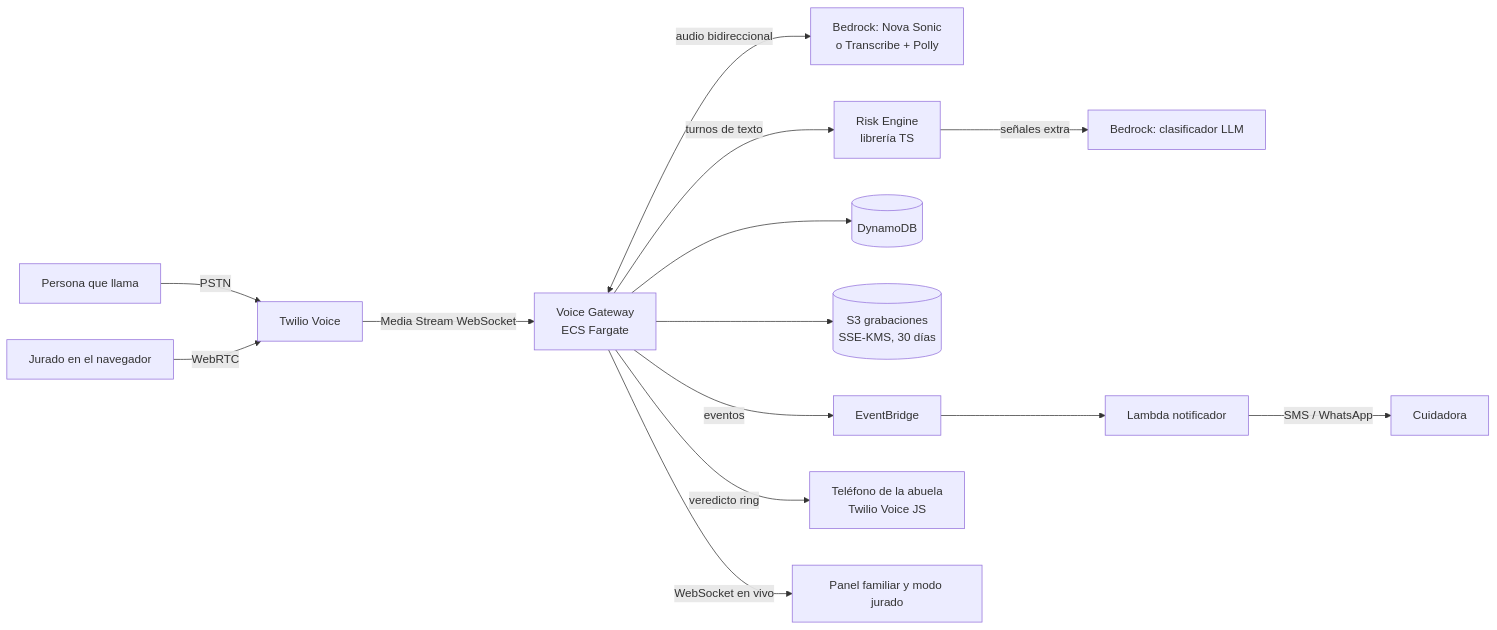
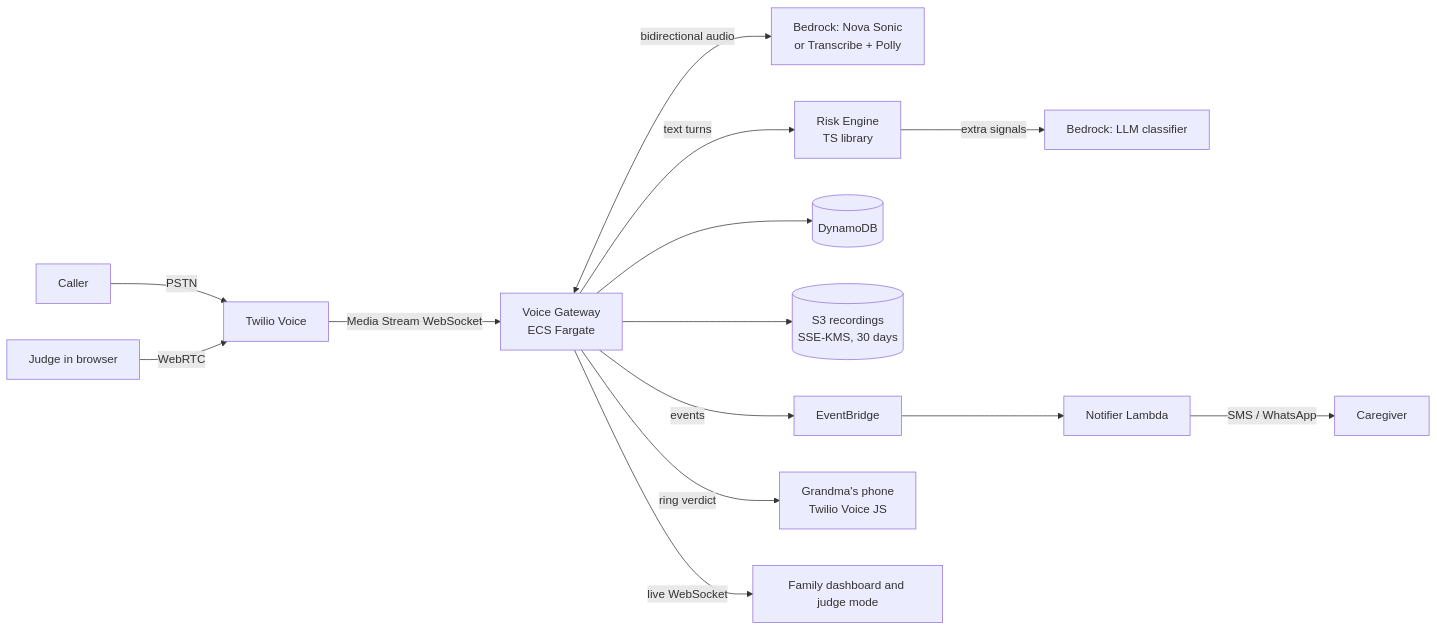
One commit to Luenpa01/after-the-beep changed the first of 2 diagrams in .kiro/specs/after-the-beep/design.md. Above: the diagram before and after it, drawn with Mermaid. The commit also changed other lines of this file and 10 other files, not shown here.

````diff
--- a/.kiro/specs/after-the-beep/design.md
+++ b/.kiro/specs/after-the-beep/design.md
@@ -11,15 +11,15 @@
 ```mermaid
 flowchart LR
-  A[Persona que llama] -->|PSTN| T[Twilio Voice]
-  J[Jurado en el navegador] -->|WebRTC| T
+  A[Caller] -->|PSTN| T[Twilio Voice]
+  J[Judge in browser] -->|WebRTC| T
   T -->|Media Stream WebSocket| G[Voice Gateway<br/>ECS Fargate]
-  G <-->|audio bidireccional| S[Bedrock: Nova Sonic<br/>o Transcribe + Polly]
-  G -->|turnos de texto| R[Risk Engine<br/>librería TS]
-  R -->|señales extra| L[Bedrock: clasificador LLM]
+  G <-->|bidirectional audio| S[Bedrock: Nova Sonic<br/>or Transcribe + Polly]
+  G -->|text turns| R[Risk Engine<br/>TS library]
+  R -->|extra signals| L[Bedrock: LLM classifier]
   G --> D[(DynamoDB)]
-  G --> S3[(S3 grabaciones<br/>SSE-KMS, 30 días)]
-  G -->|eventos| E[EventBridge]
-  E --> N[Lambda notificador] -->|SMS / WhatsApp| C[Cuidadora]
-  G -->|veredicto ring| P[Teléfono de la abuela<br/>Twilio Voice JS]
-  G -->|WebSocket en vivo| W[Panel familiar y modo jurado]
+  G --> S3[(S3 recordings<br/>SSE-KMS, 30 days)]
+  G -->|events| E[EventBridge]
+  E --> N[Notifier Lambda] -->|SMS / WhatsApp| C[Caregiver]
+  G -->|ring verdict| P[Grandma's phone<br/>Twilio Voice JS]
+  G -->|live WebSocket| W[Family dashboard and judge mode]
 ```
````
